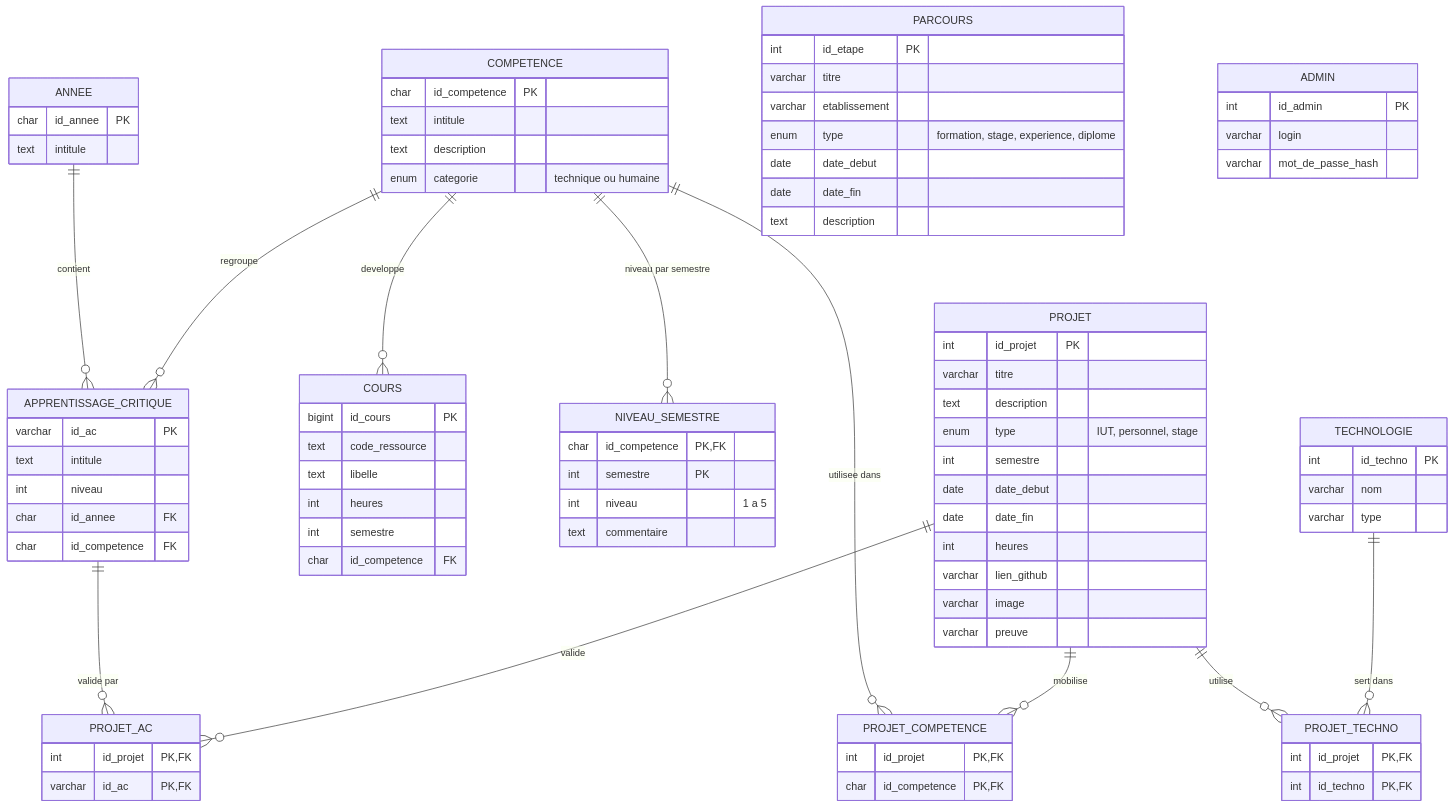
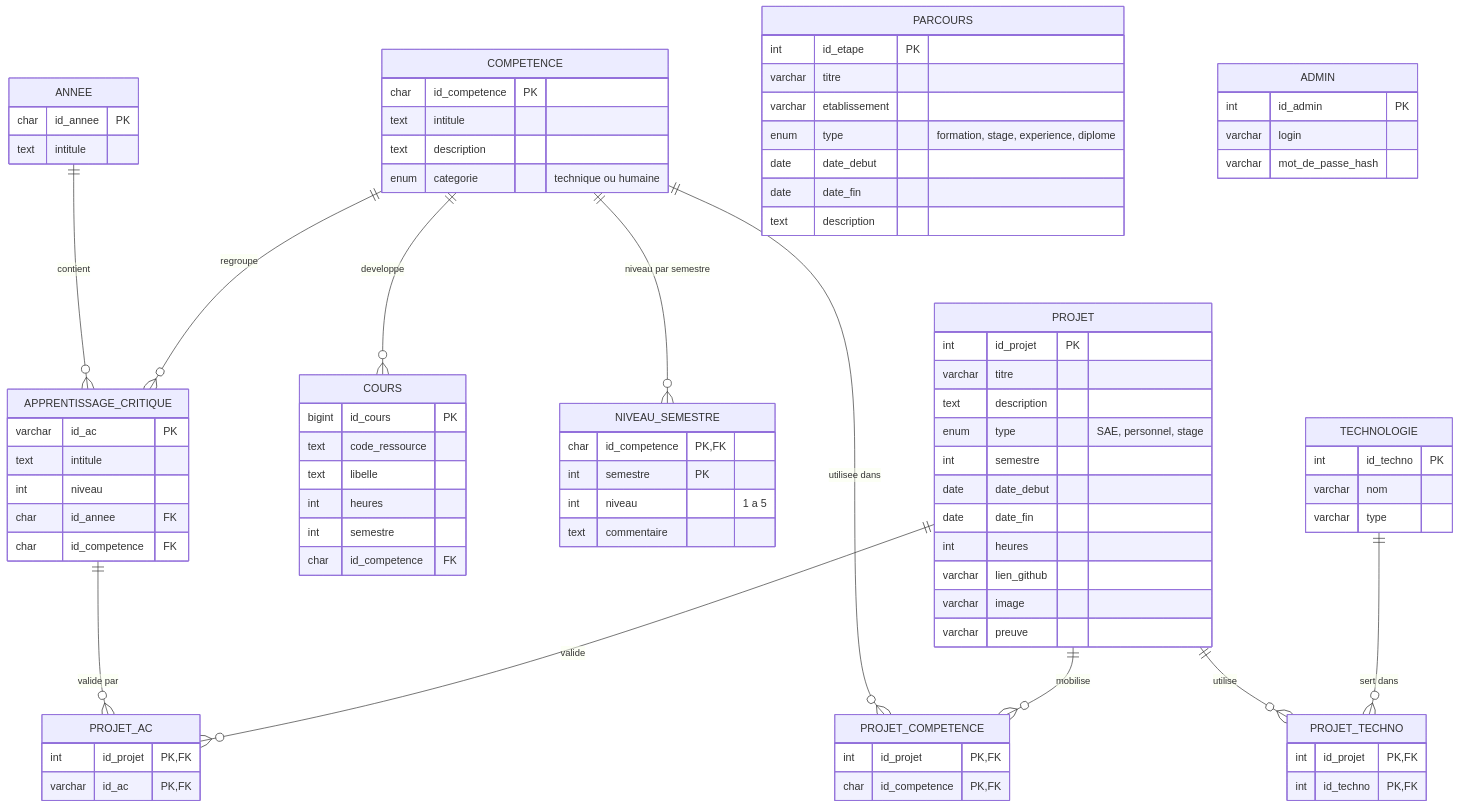
Before and after one commit to akalajean31-cloud/Portfolio-competences-jean-claude: the diagram in bdd/SCHEMA.md, drawn with Mermaid.

Commit message:
changement d'un attribut projet par sae

```diff
--- a/bdd/SCHEMA.md
+++ b/bdd/SCHEMA.md
@@ -47,7 +47,7 @@
     int id_projet PK
     varchar titre
     text description
-    enum type "IUT, personnel, stage"
+    enum type "SAE, personnel, stage"
     int semestre
     date date_debut
     date date_fin
```
